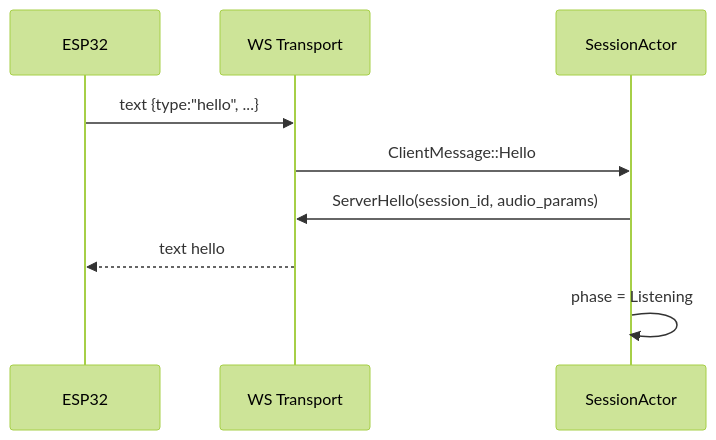
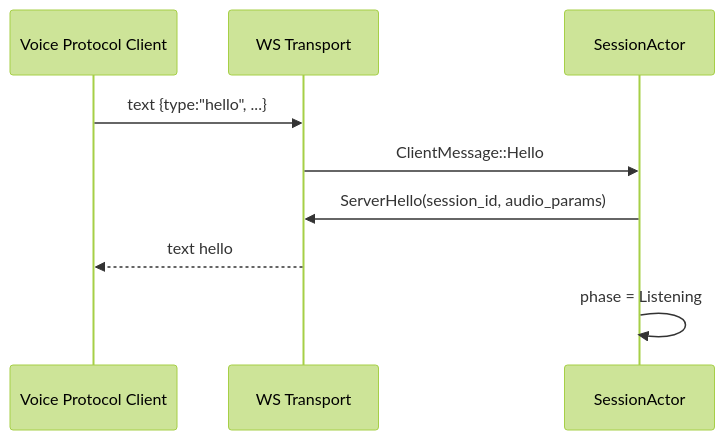
The second of 3 diagrams in docs/flows/01-websocket.md (hailp-vn38/ai-agent-voice), drawn with Mermaid (forest theme) before and after one commit. The commit also changed other lines of this file and 33 other files, not shown here.

````diff
--- a/docs/flows/01-websocket.md
+++ b/docs/flows/01-websocket.md
@@ -34,11 +34,11 @@
 ```mermaid
 sequenceDiagram
-    participant ESP as ESP32
+    participant CLIENT as Voice Protocol Client
     participant WS as WS Transport
     participant A as SessionActor
-    ESP->>WS: text {type:"hello", ...}
+    CLIENT->>WS: text {type:"hello", ...}
     WS->>A: ClientMessage::Hello
     A->>WS: ServerHello(session_id, audio_params)
-    WS-->>ESP: text hello
+    WS-->>CLIENT: text hello
     A->>A: phase = Listening
 ```
````
